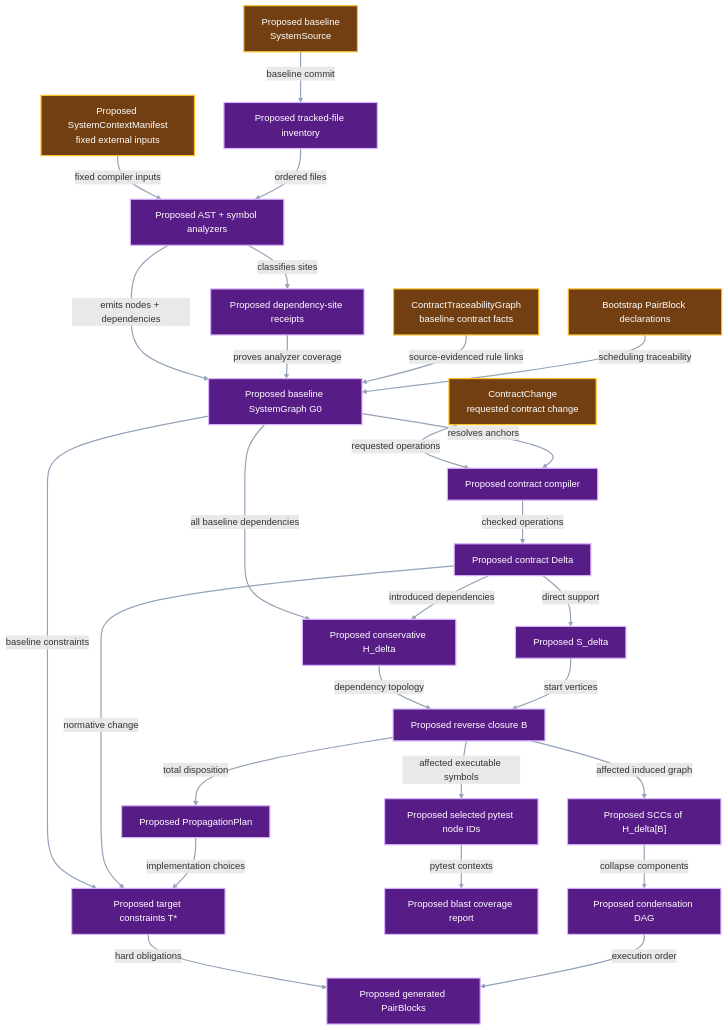
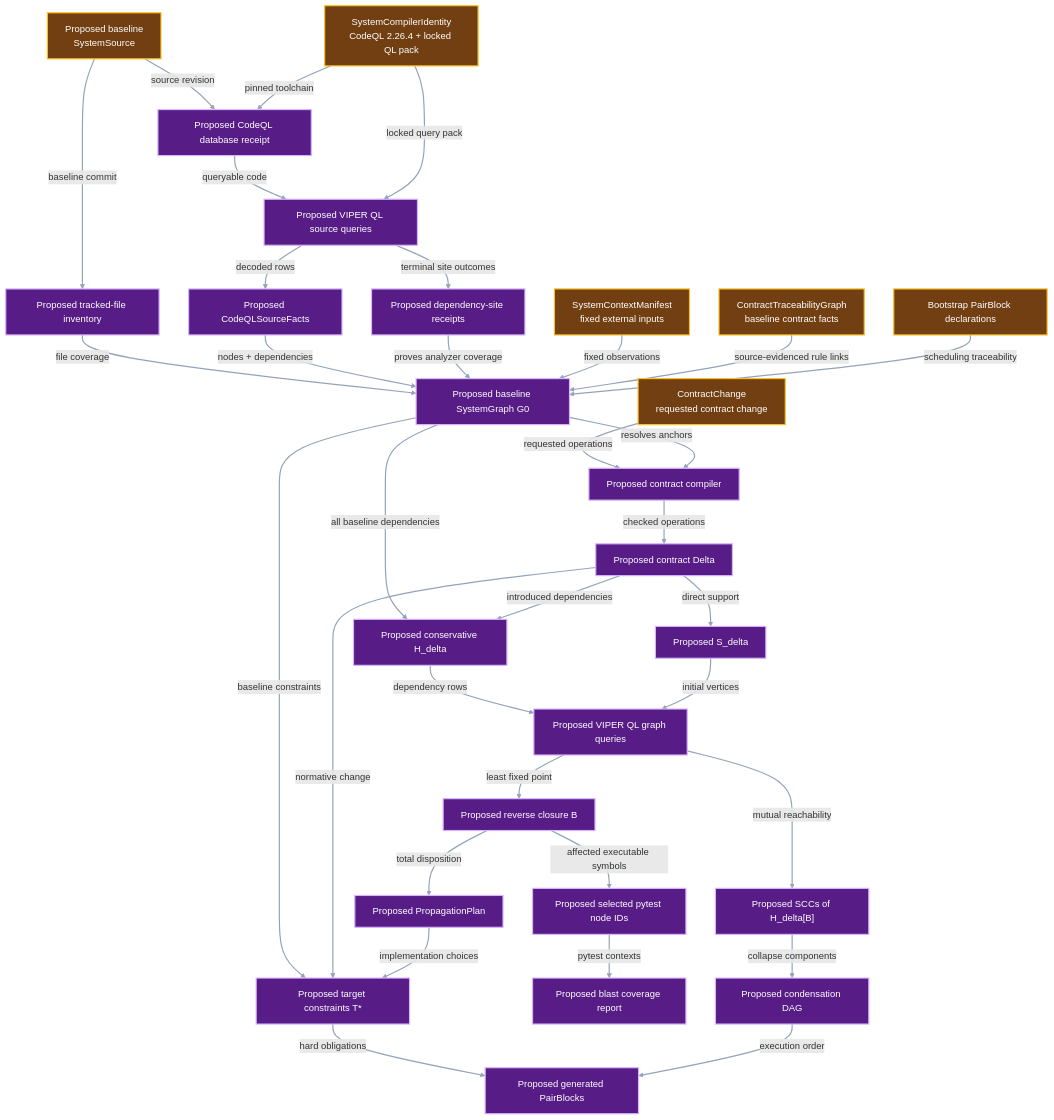
One commit to pvd232/viper changed the third of 4 diagrams in docs/development/system-impact-compiler.md. Above: the diagram before and after it, drawn with Mermaid. The commit also changed other lines of this file and 4 other files, not shown here.

Commit message:
Specify CodeQL-backed system impact compiler

````diff
--- a/docs/development/system-impact-compiler.md
+++ b/docs/development/system-impact-compiler.md
@@ -297,57 +333,67 @@
 ```mermaid
 flowchart TD
     Baseline["Proposed baseline<br/>SystemSource"]
-    Context["Proposed SystemContextManifest<br/>fixed external inputs"]
+    Compiler["SystemCompilerIdentity<br/>CodeQL 2.26.4 + locked QL pack"]
+    Context["SystemContextManifest<br/>fixed external inputs"]
     Traceability["ContractTraceabilityGraph<br/>baseline contract facts"]
     Change["ContractChange<br/>requested contract change"]
     Bootstrap["Bootstrap PairBlock declarations"]
     Inventory["Proposed tracked-file inventory"]
-    Analyze["Proposed AST + symbol analyzers"]
+    Database["Proposed CodeQL database receipt"]
+    Queries["Proposed VIPER QL source queries"]
+    Facts["Proposed CodeQLSourceFacts"]
     Sites["Proposed dependency-site receipts"]
     Graph["Proposed baseline SystemGraph G0"]
     ContractCompiler["Proposed contract compiler"]
     Delta["Proposed contract Delta"]
     Overlay["Proposed conservative H_delta"]
     Support["Proposed S_delta"]
+    GraphQueries["Proposed VIPER QL graph queries"]
     Closure["Proposed reverse closure B"]
     SCC["Proposed SCCs of H_delta[B]"]
     DAG["Proposed condensation DAG"]
     Select["Proposed selected pytest node IDs"]
     Coverage["Proposed blast coverage report"]
     Plan["Proposed PropagationPlan"]
     Target["Proposed target constraints T*"]
     Work["Proposed generated PairBlocks"]
 
     Baseline -->|"baseline commit"| Inventory
-    Context -->|"fixed compiler inputs"| Analyze
-    Inventory -->|"ordered files"| Analyze
-    Analyze -->|"classifies sites"| Sites
-    Analyze -->|"emits nodes + dependencies"| Graph
+    Baseline -->|"source revision"| Database
+    Compiler -->|"pinned toolchain"| Database
+    Database -->|"queryable code"| Queries
+    Compiler -->|"locked query pack"| Queries
+    Queries -->|"decoded rows"| Facts
+    Queries -->|"terminal site outcomes"| Sites
+    Inventory -->|"file coverage"| Graph
+    Facts -->|"nodes + dependencies"| Graph
     Sites -->|"proves analyzer coverage"| Graph
+    Context -->|"fixed observations"| Graph
     Traceability -->|"source-evidenced rule links"| Graph
     Bootstrap -->|"scheduling traceability"| Graph
     Change -->|"requested operations"| ContractCompiler
     Graph -->|"resolves anchors"| ContractCompiler
     ContractCompiler -->|"checked operations"| Delta
     Graph -->|"all baseline dependencies"| Overlay
     Delta -->|"introduced dependencies"| Overlay
     Delta -->|"direct support"| Support
-    Overlay -->|"dependency topology"| Closure
-    Support -->|"start vertices"| Closure
-    Closure -->|"affected induced graph"| SCC
+    Overlay -->|"dependency rows"| GraphQueries
+    Support -->|"initial vertices"| GraphQueries
+    GraphQueries -->|"least fixed point"| Closure
+    GraphQueries -->|"mutual reachability"| SCC
     SCC -->|"collapse components"| DAG
     Closure -->|"affected executable symbols"| Select
     Select -->|"pytest contexts"| Coverage
     Closure -->|"total disposition"| Plan
     Graph -->|"baseline constraints"| Target
     Delta -->|"normative change"| Target
     Plan -->|"implementation choices"| Target
     Target -->|"hard obligations"| Work
     DAG -->|"execution order"| Work
 
-    class Baseline,Context,Traceability,Change,Bootstrap input
-    class Inventory,Analyze,Sites,Graph,ContractCompiler,Delta,Overlay,Support,Closure,SCC,DAG,Select,Coverage,Plan,Target,Work proposed
+    class Baseline,Compiler,Context,Traceability,Change,Bootstrap input
+    class Inventory,Database,Queries,Facts,Sites,Graph,ContractCompiler,Delta,Overlay,Support,GraphQueries,Closure,SCC,DAG,Select,Coverage,Plan,Target,Work proposed
     classDef input fill:#713f12,stroke:#fbbf24,color:#ffffff,stroke-width:2px
     classDef proposed fill:#581c87,stroke:#d8b4fe,color:#ffffff,stroke-width:2px
     linkStyle default stroke:#94a3b8,stroke-width:2px
 ```
````
